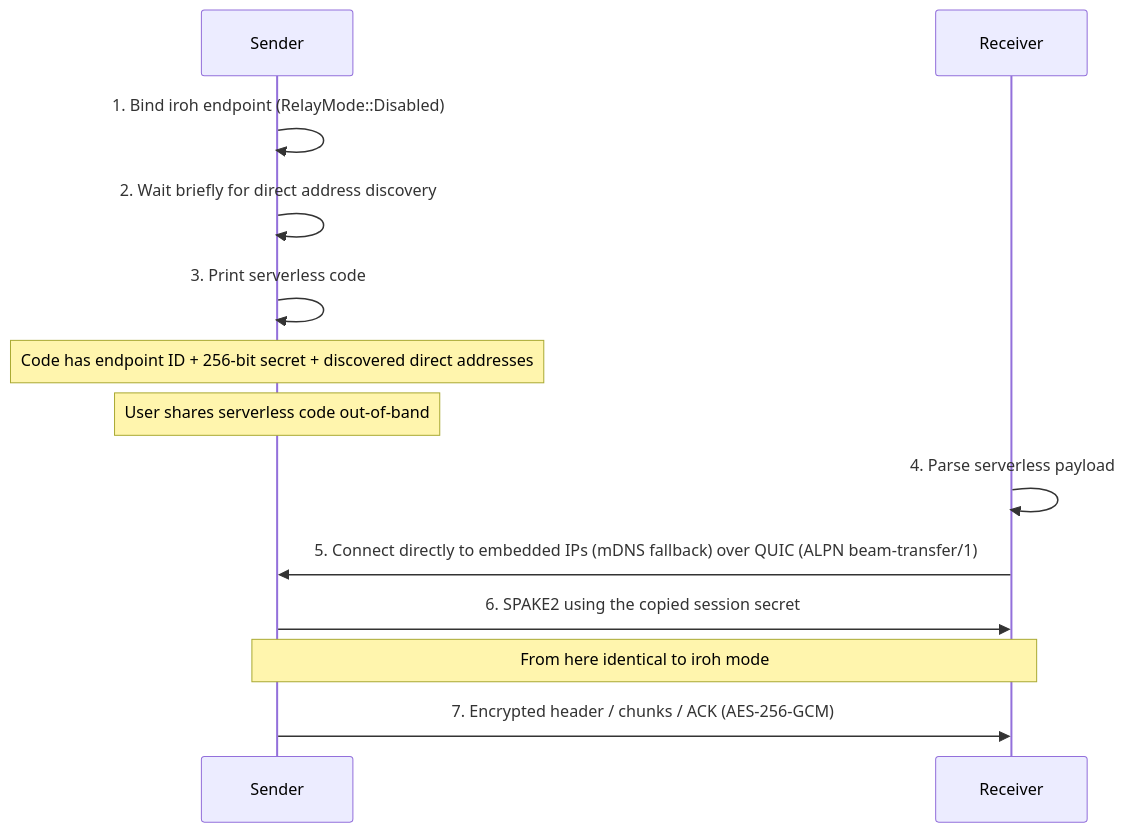
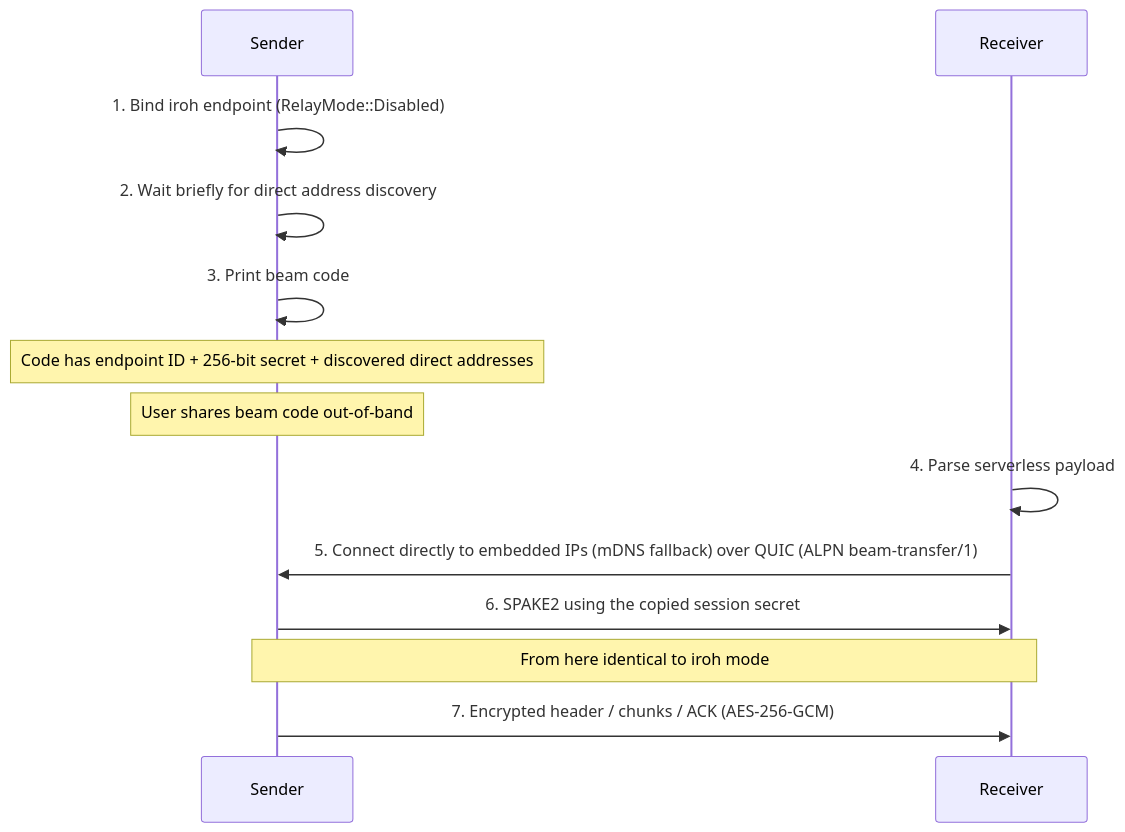
The second of 3 diagrams in docs/ARCHITECTURE.md (andrewtheguy/beam-rs), drawn with Mermaid before and after one commit. The commit also changed other lines of this file and 7 other files, not shown here.

Commit message:
use prefix-free serverless beam codes

````diff
--- a/docs/ARCHITECTURE.md
+++ b/docs/ARCHITECTURE.md
@@ -80,19 +80,19 @@
 ```mermaid
 sequenceDiagram
     participant Sender
     participant Receiver
 
     Sender->>Sender: 1. Bind iroh endpoint (RelayMode::Disabled)
     Sender->>Sender: 2. Wait briefly for direct address discovery
-    Sender->>Sender: 3. Print serverless code
+    Sender->>Sender: 3. Print beam code
     Note over Sender: Code has endpoint ID + 256-bit secret + discovered direct addresses
 
-    Note over Sender: User shares serverless code out-of-band
+    Note over Sender: User shares beam code out-of-band
 
     Receiver->>Receiver: 4. Parse serverless payload
     Receiver->>Sender: 5. Connect directly to embedded IPs (mDNS fallback) over QUIC (ALPN beam-transfer/1)
     Sender->>Receiver: 6. SPAKE2 using the copied session secret
 
     Note over Sender,Receiver: From here identical to iroh mode
     Sender->>Receiver: 7. Encrypted header / chunks / ACK (AES-256-GCM)
 ```
````
